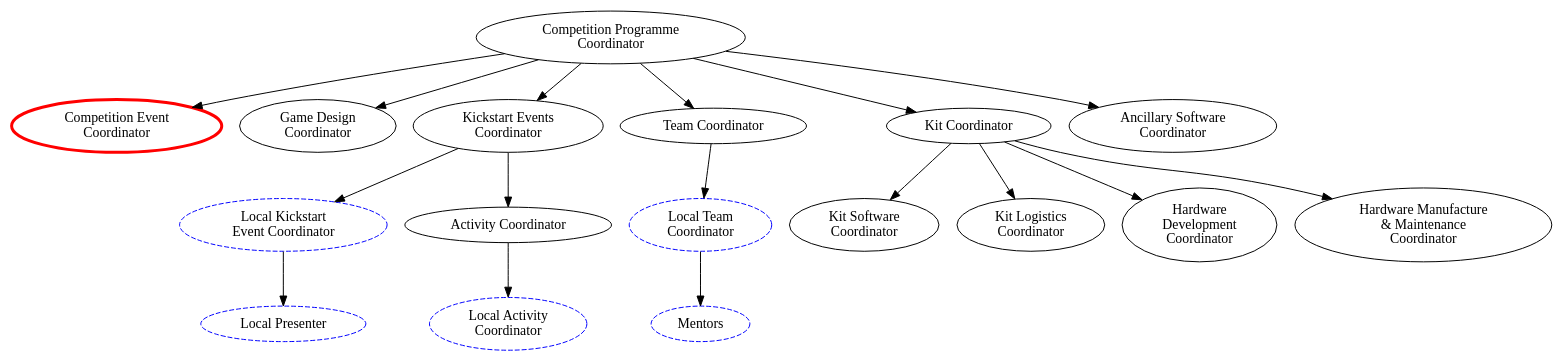
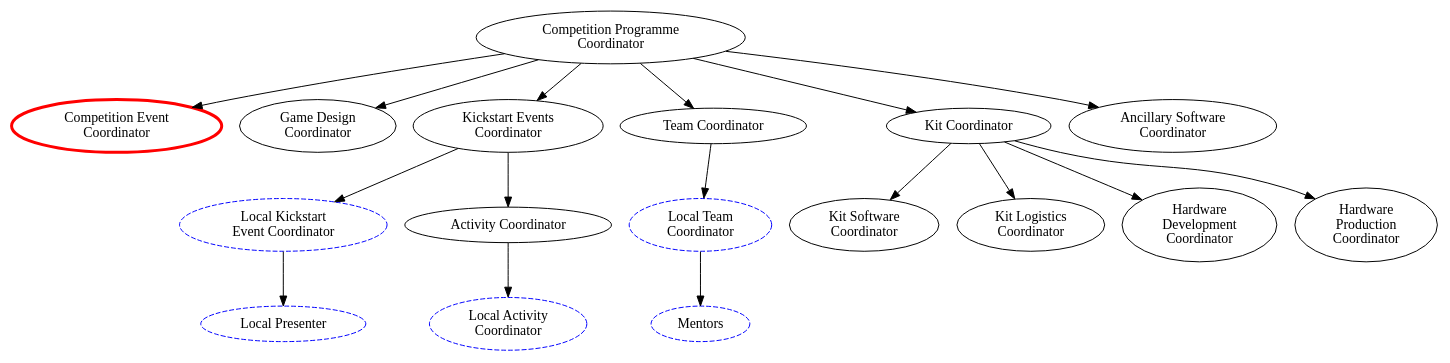
Before and after one commit to Adimote/legacy-ops-manual: the diagram in org-chart/comp-prog.dot, drawn with Graphviz. The commit also changed 2 other files, not shown here.

Commit message:
Rename Kit Manu. & Maint. Coord to Kit Prod. Coord
Fixes #62.

```diff
--- a/org-chart/comp-prog.dot
+++ b/org-chart/comp-prog.dot
@@ -1,49 +1,49 @@
 digraph {
 	####### Node declarations
 	comp_prog_coord [label="Competition Programme\nCoordinator" email="competition-program@studentrobotics.org"];
 	
 	# Competition Coordinator Subordinates
 	comp_event_coord [label="Competition Event\nCoordinator" color=red penwidth=3 rolesexclude=true]; // Email and tel defined in comp-event.dot
 	game_design_coord [label="Game Design\nCoordinator" email="game-design@studentrobotics.org"];
 	kickstart_event_coord [label="Kickstart Events\nCoordinator" email="kickstart@studentrobotics.org"];
 	team_coord [label="Team Coordinator" email="teams@studentrobotics.org"];
 	kit_coord [label="Kit Coordinator" email="kit@studentrobotics.org"];
 	ancillary_sw_coord [label="Ancillary Software\nCoordinator" email="ancillary-software@studentrobotics.org"];
 	
 	### Fourth Level
 	
 	# Kickstart Event Coordinator Subordinates
 	local_ks_event_coord[label="Local Kickstart\nEvent Coordinator" color=blue style=dashed contactsexclude=true];
 	activity_coord[label="Activity Coordinator" email="activity@studentrobotics.org"]
 
 	local_activity_coord[label="Local Activity\nCoordinator" color=blue style=dashed contactsexclude=true];
 	local_team_coord[label="Local Team\nCoordinator" color=blue style=dashed contactsexclude=true];
 
 	# Kit Coordinator Subordinates
 	kit_sw_coord[label="Kit Software\nCoordinator" email="kit-software@studentrobotics.org"];
 	kit_logistics_coord[label="Kit Logistics\nCoordinator" email="logistics@studentrobotics.org"];
 
 	# Hardware Coordinator Subordinates
 	hw_dev_coord[label="Hardware\nDevelopment\nCoordinator" email="hardware-dev@studentrobotics.org"];
-	hw_manu_coord[label="Hardware Manufacture\n& Maintenance\nCoordinator" email="hardware-manufacture@studentrobotics.org"];
+	hw_prod_coord[label="Hardware\nProduction\nCoordinator" email="hardware-production@studentrobotics.org"];
 	
 	### Fifth Level
 	local_presenter[label="Local Presenter" color=blue style=dashed contactsexclude=true];
 	
 	mentors[label="Mentors" color=blue style=dashed contactsexclude=true];
 	
 	
 	###### Connections between nodes
 	
 	comp_prog_coord -> { comp_event_coord game_design_coord kickstart_event_coord team_coord kit_coord ancillary_sw_coord };
 	
 	kickstart_event_coord -> { local_ks_event_coord activity_coord };
 		
 	activity_coord -> local_activity_coord;
 	local_ks_event_coord -> { local_presenter };
 		
 	team_coord -> local_team_coord;
 	local_team_coord -> mentors;
 		
-	kit_coord -> { hw_dev_coord hw_manu_coord kit_sw_coord kit_logistics_coord};
+	kit_coord -> { hw_dev_coord hw_prod_coord kit_sw_coord kit_logistics_coord};
 }
```
